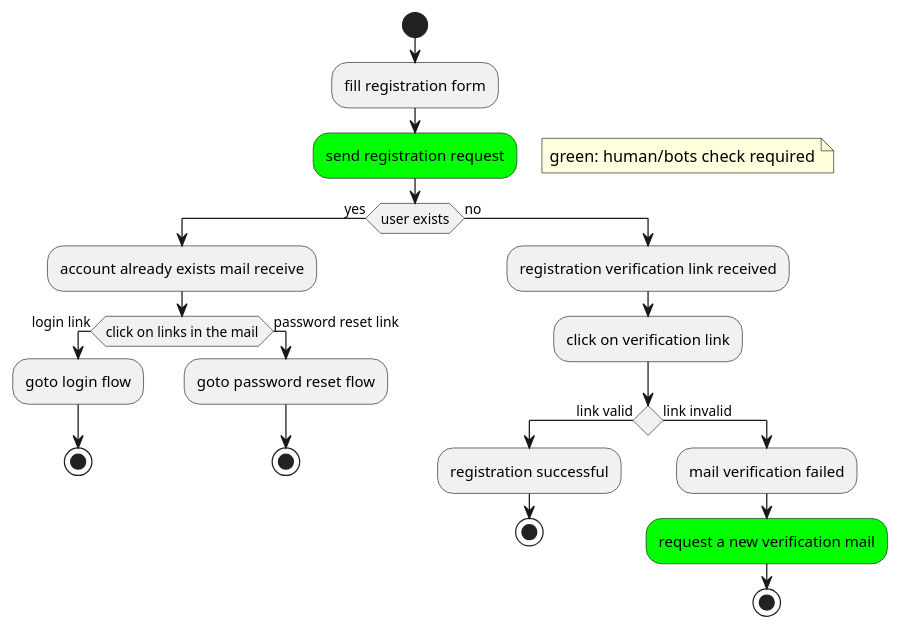
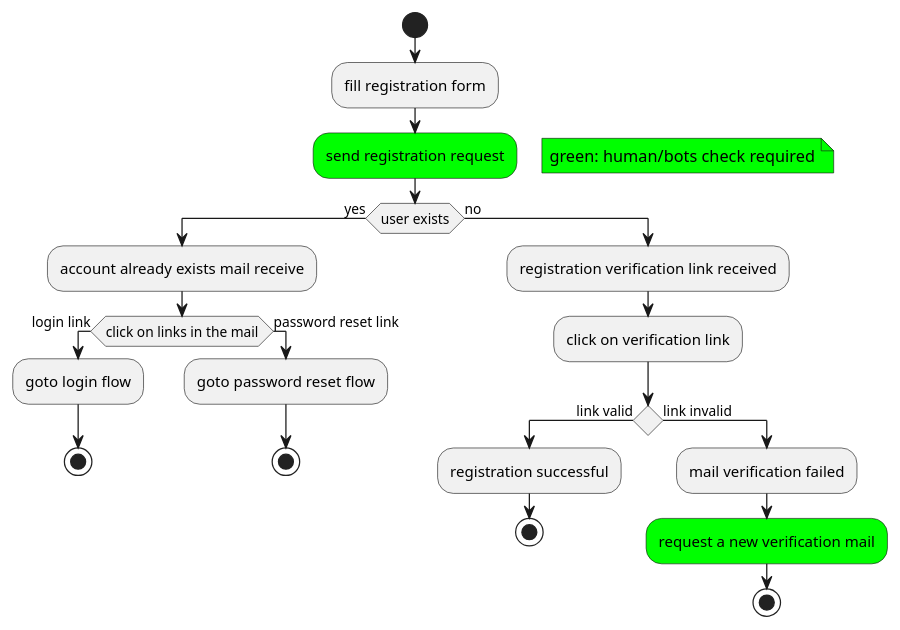
Before and after one commit to dancier/documentation: the third of 4 diagrams in src/main/jbake/content/documentation/dancer/src/04_solution_strategy.adoc, drawn with PlantUML. The commit also changed other lines of this file and 1 other file, not shown here.

```diff
--- a/src/main/jbake/content/documentation/dancer/src/04_solution_strategy.adoc
+++ b/src/main/jbake/content/documentation/dancer/src/04_solution_strategy.adoc
@@ -93,33 +101,41 @@
 [plantuml,registration-activity,svg]
 ....
 @startuml
+
+<style>
+activityDiagram {
+  note {
+    BackgroundColor #00FF00
+  }
+}
+</style>
 
 start
 :fill registration form;
 #00FF00:send registration request;
 floating note right: green: human/bots check required
 if(user exists) then (yes)
     :account already exists mail receive;
     if(click on links in the mail) then (login link)
         :goto login flow;
         stop
     else (password reset link)
         :goto password reset flow;
         stop
     endif
 else (no)
     :registration verification link received;
     :click on verification link;
     if() then (link valid)
         :registration successful;
         stop
     else (link invalid)
         :mail verification failed;
         #00FF00:request a new verification mail;
         stop
     endif
 
 endif
 
 @enduml
 ....
```
